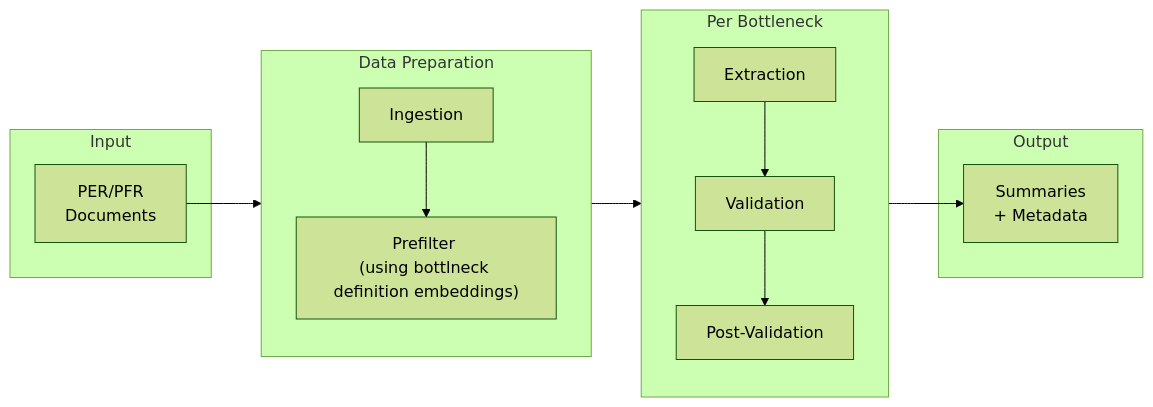
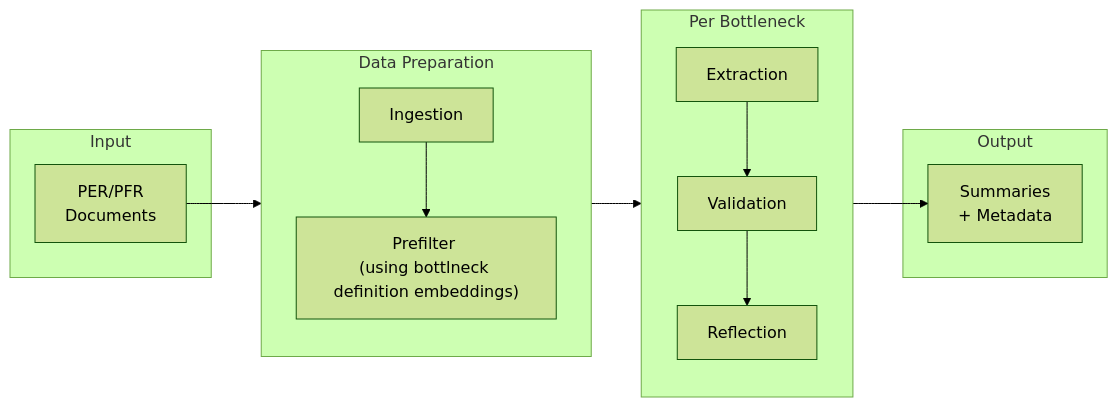
The diagram in README.md (dime-worldbank/pfm-bottlenecks), drawn with Mermaid (forest theme) before and after one commit. The commit also changed other lines of this file, not shown here.

````diff
--- a/README.md
+++ b/README.md
@@ -7,25 +25,25 @@
 ```mermaid
 flowchart LR
     subgraph Input
         A["PER/PFR<br/>Documents"]
     end
 
     subgraph Prep["Data Preparation"]
         direction TB
         B["Ingestion"] --> C["Prefilter <br/>(using bottlneck definition embeddings)"]
     end
 
     subgraph Process["Per Bottleneck"]
         direction TB
         D["Extraction"] --> E["Validation"]
-        E --> F["Post-Validation"]
+        E --> F["Reflection"]
     end
 
     subgraph Output
         G["Summaries<br/>+ Metadata"]
     end
 
     A --> B
     C --> D
     F --> G
 ```
````
